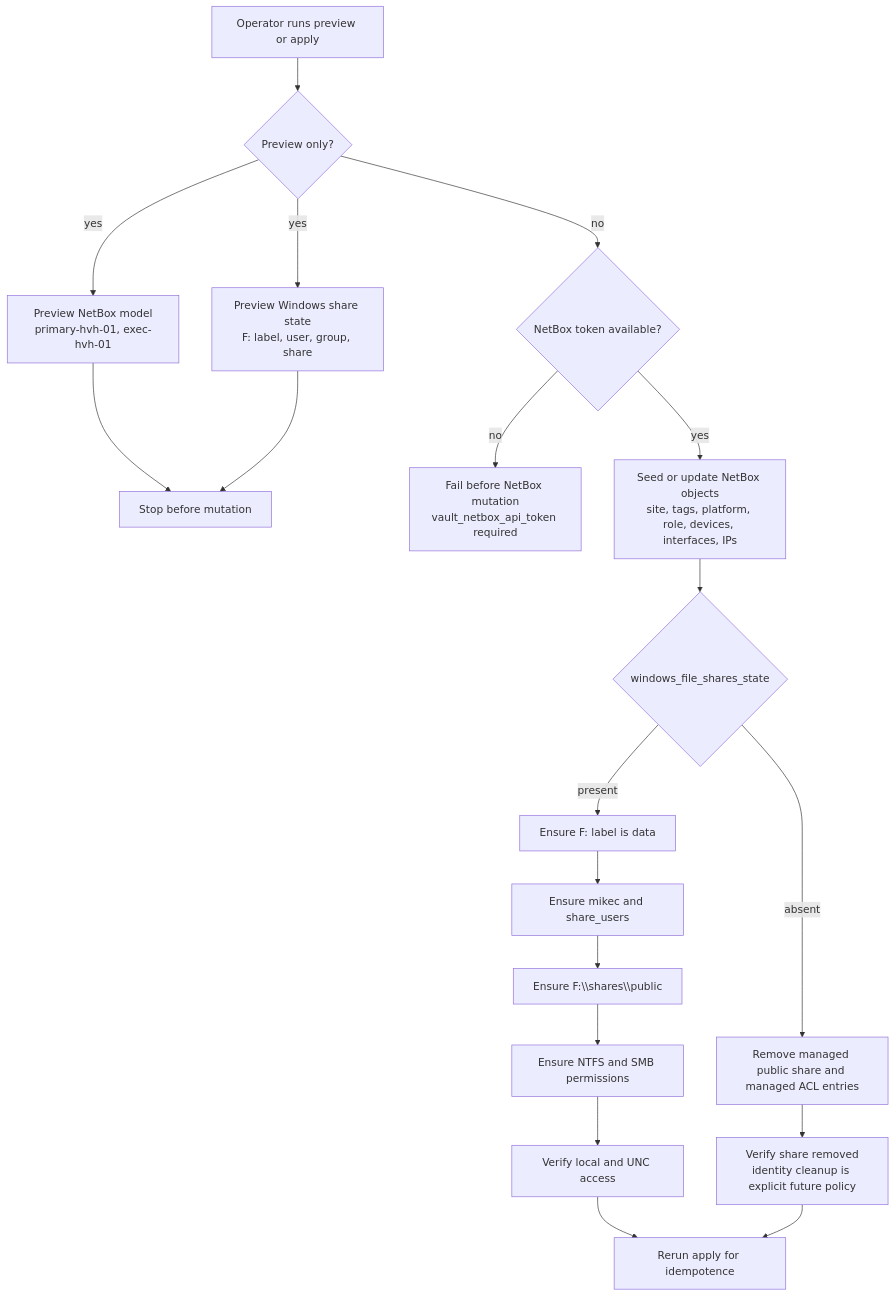
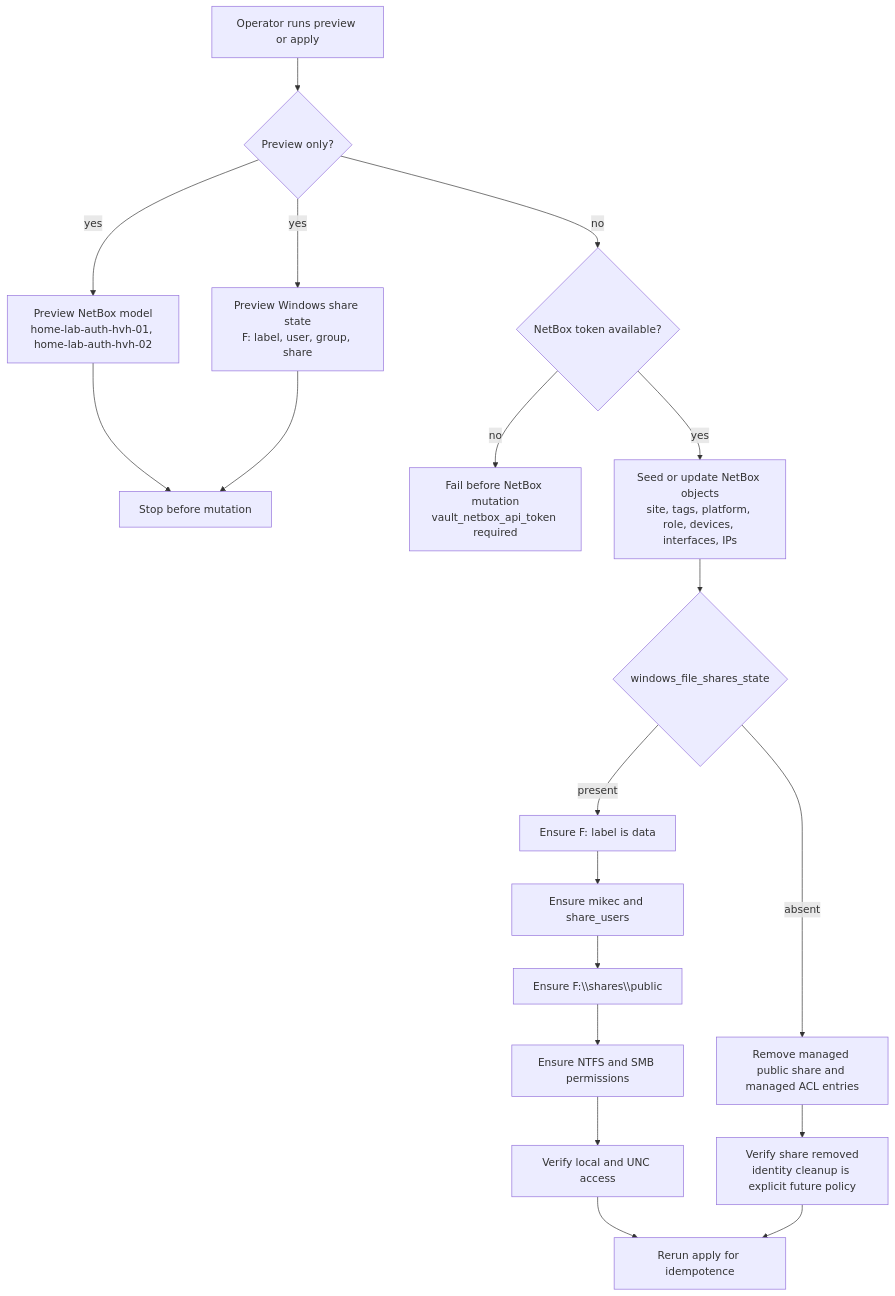
Before and after one commit to doesitscript/dotfile-vnext: the second of 3 diagrams in docs/plans/windows-public-share-netbox-naming/README.md, drawn with Mermaid. The commit also changed other lines of this file and 13 other files, not shown here.

````diff
--- a/docs/plans/windows-public-share-netbox-naming/README.md
+++ b/docs/plans/windows-public-share-netbox-naming/README.md
@@ -83,26 +85,26 @@
 ```mermaid
 graph TB
     start[Operator runs preview or apply] --> preview{Preview only?}
 
-    preview -->|yes| nb_preview[Preview NetBox model<br/>primary-hvh-01, exec-hvh-01]
+    preview -->|yes| nb_preview[Preview NetBox model<br/>home-lab-auth-hvh-01, home-lab-auth-hvh-02]
     preview -->|yes| share_preview[Preview Windows share state<br/>F: label, user, group, share]
     nb_preview --> stop_preview[Stop before mutation]
     share_preview --> stop_preview
 
     preview -->|no| netbox_token{NetBox token available?}
     netbox_token -->|no| fail_token[Fail before NetBox mutation<br/>vault_netbox_api_token required]
     netbox_token -->|yes| seed_netbox[Seed or update NetBox objects<br/>site, tags, platform, role, devices, interfaces, IPs]
 
     seed_netbox --> share_state{windows_file_shares_state}
     share_state -->|present| ensure_volume[Ensure F: label is data]
     ensure_volume --> ensure_identity[Ensure mikec and share_users]
     ensure_identity --> ensure_folder[Ensure F:\\shares\\public]
     ensure_folder --> ensure_acl[Ensure NTFS and SMB permissions]
     ensure_acl --> verify[Verify local and UNC access]
 
     share_state -->|absent| remove_share[Remove managed public share and managed ACL entries]
     remove_share --> verify_absent[Verify share removed<br/>identity cleanup is explicit future policy]
 
     verify --> idempotence[Rerun apply for idempotence]
     verify_absent --> idempotence
 ```
````
